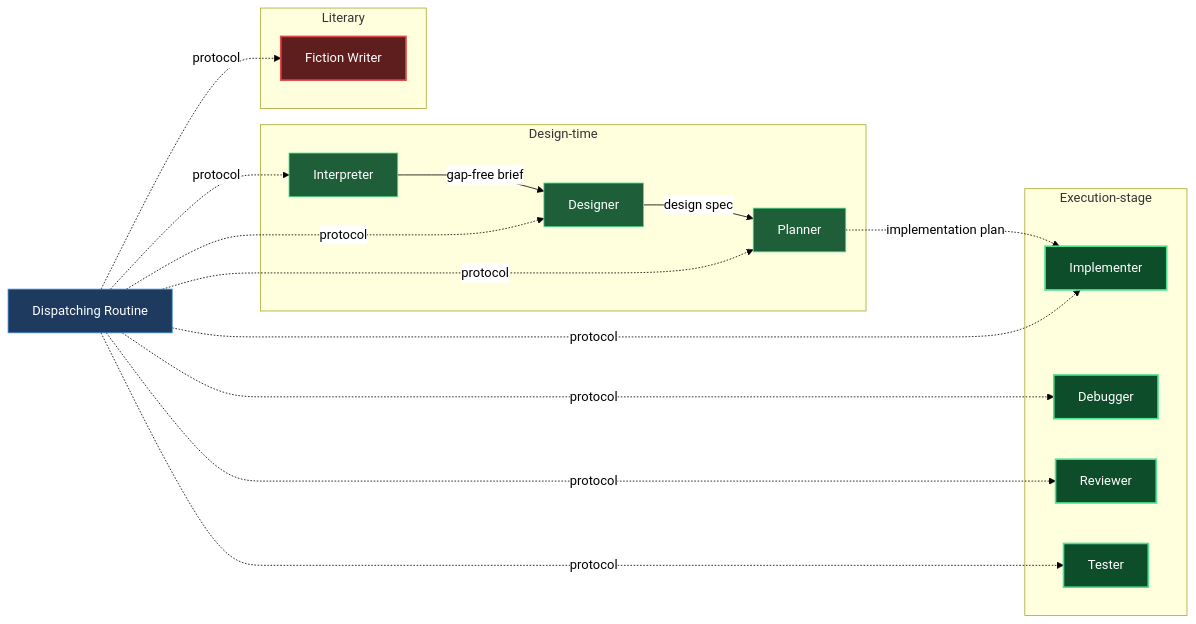
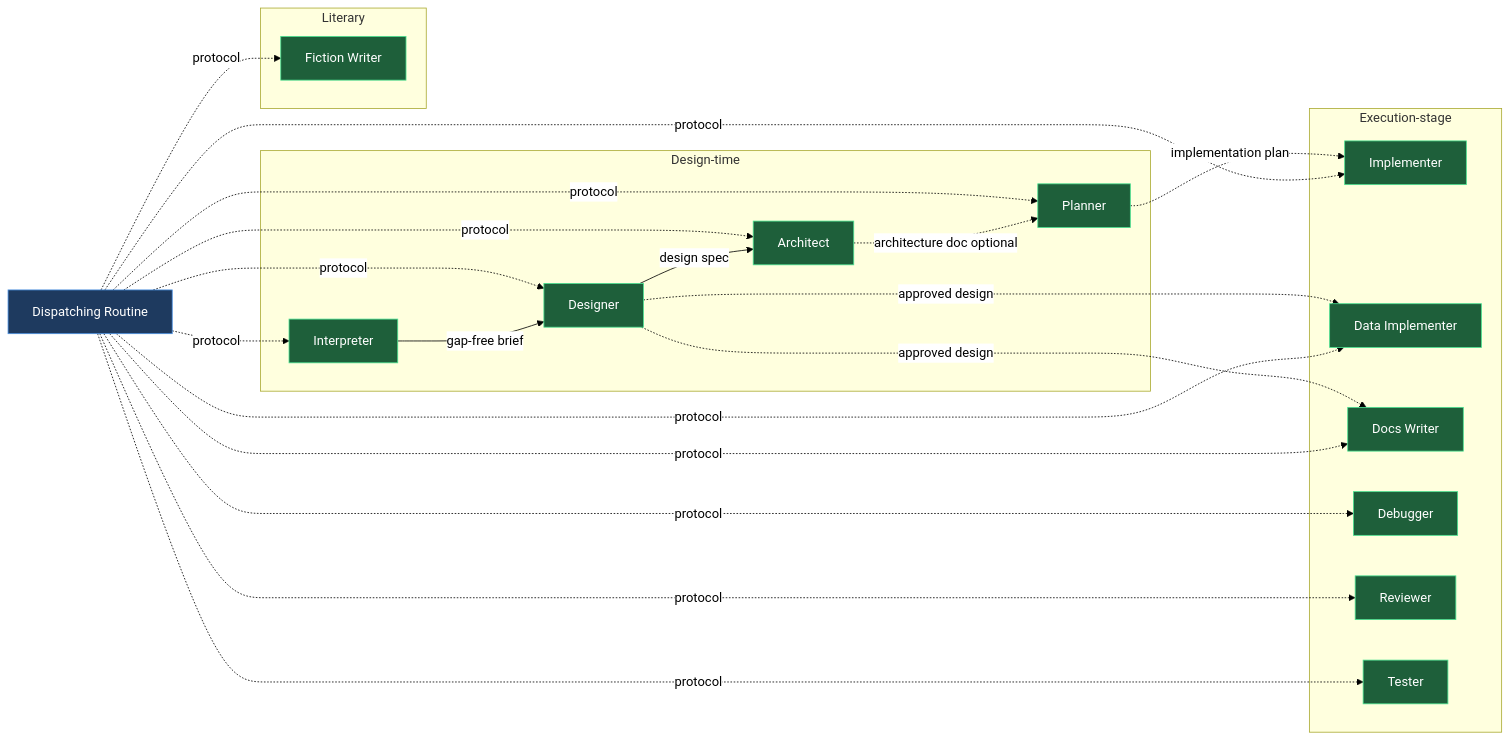
One commit to mebius-san/lazy-cortex changed the diagram in claude/lazycortex-experts/help/agents.md. Above: the diagram before and after it, drawn with Mermaid. The commit also changed other lines of this file and 511 other files, not shown here.

First line of the commit message:
release: core 7.0.0, specs 6.0.0, review 6.1.0, obsidian 3.0.0, wiki 2.0.0, python 4.0.0, experts 1.0.0, diagram 1.1.7, observe 0.8.3

````diff
--- a/claude/lazycortex-experts/help/agents.md
+++ b/claude/lazycortex-experts/help/agents.md
@@ -63,50 +73,61 @@
 ```mermaid
 %%{init: {'themeVariables':{'background':'transparent','lineColor':'#000','textColor':'#000','edgeLabelBackground':'#fff'},'themeCSS':'.edgeLabel{background-color:transparent!important}.edgeLabel p{background-color:transparent!important}','flowchart':{'diagramPadding':5,'useMaxWidth':true}}}%%
 flowchart LR
-  dispatchingRoutine[Dispatching Routine]
+  dispatchingRoutine["Dispatching Routine"]
 
-  subgraph designTime [Design-time]
-    interpreter[Interpreter]
-    designer[Designer]
-    planner[Planner]
+  subgraph designTime["Design-time"]
+    interpreter["Interpreter"]
+    designer["Designer"]
+    architect["Architect"]
+    planner["Planner"]
   end
 
-  subgraph executionStage [Execution-stage]
-    implementer[Implementer]
-    debugger[Debugger]
-    reviewer[Reviewer]
-    tester[Tester]
+  subgraph executionStage["Execution-stage"]
+    implementer["Implementer"]
+    dataImplementer["Data Implementer"]
+    docsWriter["Docs Writer"]
+    debugger["Debugger"]
+    reviewer["Reviewer"]
+    tester["Tester"]
   end
 
-  subgraph literary [Literary]
-    fictionWriter[Fiction Writer]
+  subgraph literary["Literary"]
+    fictionWriter["Fiction Writer"]
   end
 
   interpreter -->|gap-free brief| designer
-  designer -->|design spec| planner
-  planner -.->|implementation plan| implementer
+  designer -->|design spec| architect
+  architect -.->|architecture doc optional| planner
 
   dispatchingRoutine -.->|protocol| interpreter
   dispatchingRoutine -.->|protocol| designer
+  dispatchingRoutine -.->|protocol| architect
   dispatchingRoutine -.->|protocol| planner
   dispatchingRoutine -.->|protocol| implementer
+  dispatchingRoutine -.->|protocol| dataImplementer
+  dispatchingRoutine -.->|protocol| docsWriter
   dispatchingRoutine -.->|protocol| debugger
   dispatchingRoutine -.->|protocol| reviewer
   dispatchingRoutine -.->|protocol| tester
   dispatchingRoutine -.->|protocol| fictionWriter
 
+  planner -.->|implementation plan| implementer
+  designer -.->|approved design| dataImplementer
+  designer -.->|approved design| docsWriter
+
   classDef entry fill:#1e3a5f,stroke:#4a90e2,color:#fff
   classDef action fill:#1e5f3a,stroke:#4ae290,color:#fff
-  classDef success fill:#0d4d2a,stroke:#4ae290,color:#fff,stroke-width:2px
-  classDef error fill:#5f1e1e,stroke:#e24a4a,color:#fff,stroke-width:2px
 
   class dispatchingRoutine entry
   class interpreter action
   class designer action
+  class architect action
   class planner action
-  class implementer success
-  class debugger success
-  class reviewer success
-  class tester success
-  class fictionWriter error
+  class implementer action
+  class dataImplementer action
+  class docsWriter action
+  class debugger action
+  class reviewer action
+  class tester action
+  class fictionWriter action
 ```
````
